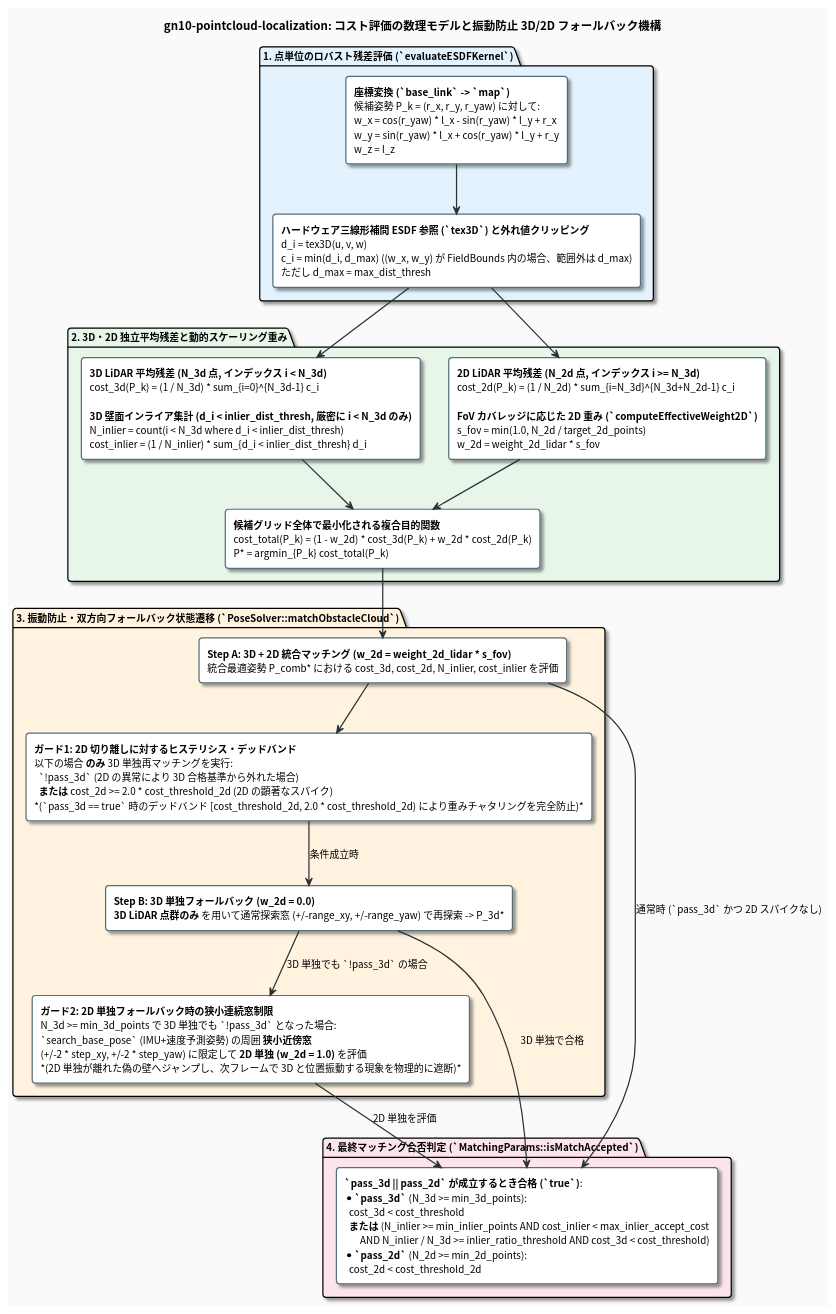
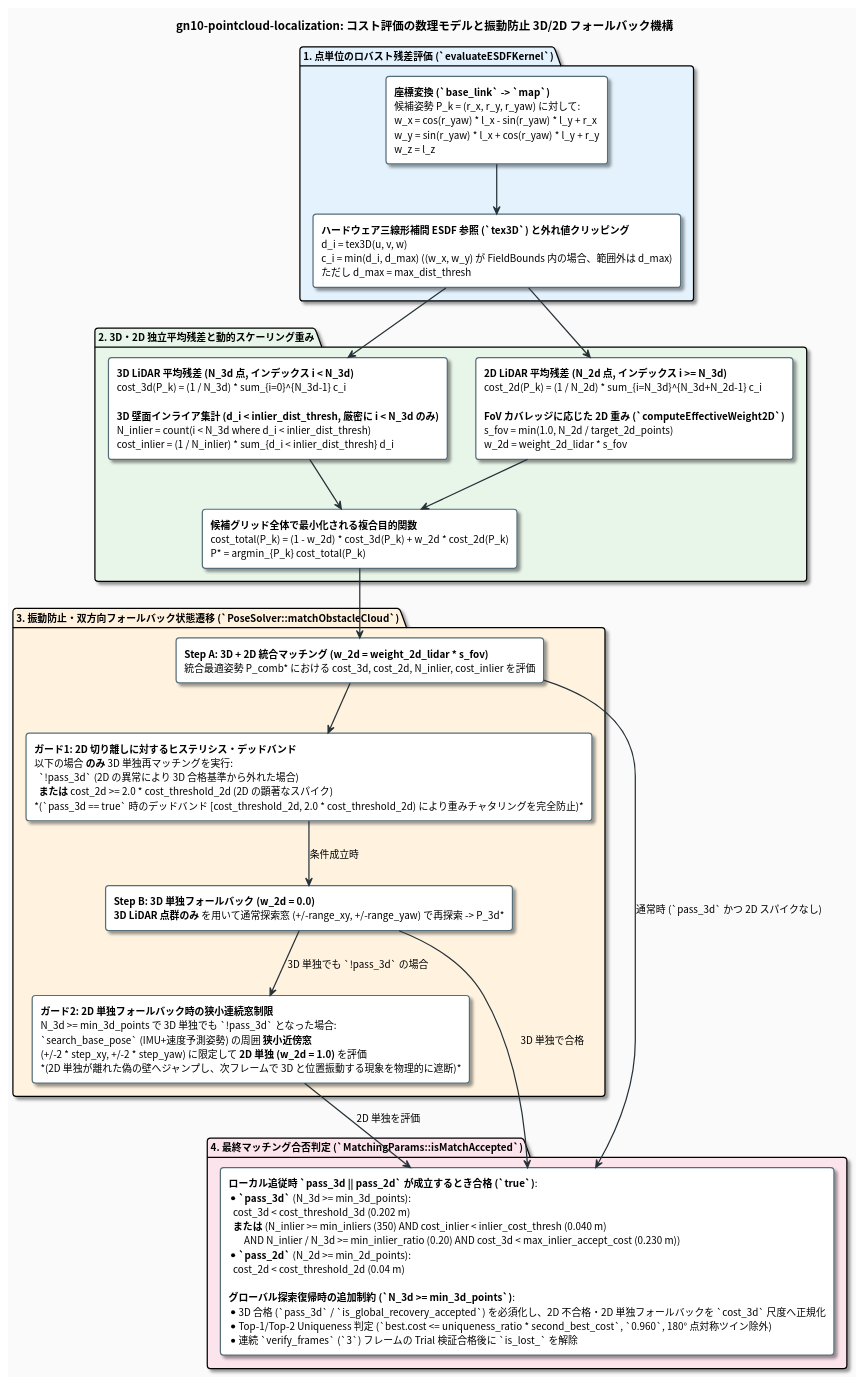
One commit to tmcit-ararobo-2026a/gn10-pointcloud-localization changed the diagram in docs/matching_cost_and_weighting_jp.pu. Above: the diagram before and after it, drawn with PlantUML. The commit also changed 10 other files, not shown here.

Commit message:
docs(global_search): update README and PlantUML diagrams for robust recovery

```diff
--- a/docs/matching_cost_and_weighting_jp.pu
+++ b/docs/matching_cost_and_weighting_jp.pu
@@ -1,70 +1,70 @@
 @startuml matching_cost_and_weighting_jp
 skinparam backgroundColor #FAFAFA
 skinparam defaultFontName "Roboto, Noto Sans CJK JP, sans-serif"
 skinparam defaultFontSize 12
 skinparam roundCorner 8
 skinparam shadowing true
 skinparam ArrowColor #263238
 skinparam ArrowThickness 1.5
 
 skinparam rectangle {
     BackgroundColor #FFFFFF
     BorderColor #546E7A
     BorderThickness 1.5
 }
 
 skinparam note {
     BackgroundColor #FFF8E1
     BorderColor #FFB300
     FontColor #263238
 }
 
 title **gn10-pointcloud-localization: コスト評価の数理モデルと振動防止 3D/2D フォールバック機構**
 
 package "1. 点単位のロバスト残差評価 (`evaluateESDFKernel`)" #E3F2FD {
     rectangle "**座標変換 (`base_link` -> `map`)**\n候補姿勢 P_k = (r_x, r_y, r_yaw) に対して:\nw_x = cos(r_yaw) * l_x - sin(r_yaw) * l_y + r_x\nw_y = sin(r_yaw) * l_x + cos(r_yaw) * l_y + r_y\nw_z = l_z" as TF_EQ
 
     rectangle "**ハードウェア三線形補間 ESDF 参照 (`tex3D`) と外れ値クリッピング**\nd_i = tex3D(u, v, w)\nc_i = min(d_i, d_max) ((w_x, w_y) が FieldBounds 内の場合、範囲外は d_max)\nただし d_max = max_dist_thresh" as CLIP_EQ
 
     TF_EQ -down-> CLIP_EQ
 }
 
 package "2. 3D・2D 独立平均残差と動的スケーリング重み" #E8F5E9 {
     rectangle "**3D LiDAR 平均残差 (N_3d 点, インデックス i < N_3d)**\ncost_3d(P_k) = (1 / N_3d) * sum_{i=0}^{N_3d-1} c_i\n\n**3D 壁面インライア集計 (d_i < inlier_dist_thresh, 厳密に i < N_3d のみ)**\nN_inlier = count(i < N_3d where d_i < inlier_dist_thresh)\ncost_inlier = (1 / N_inlier) * sum_{d_i < inlier_dist_thresh} d_i" as COST_3D
 
     rectangle "**2D LiDAR 平均残差 (N_2d 点, インデックス i >= N_3d)**\ncost_2d(P_k) = (1 / N_2d) * sum_{i=N_3d}^{N_3d+N_2d-1} c_i\n\n**FoV カバレッジに応じた 2D 重み (`computeEffectiveWeight2D`)**\ns_fov = min(1.0, N_2d / target_2d_points)\nw_2d = weight_2d_lidar * s_fov" as COST_2D
 
     rectangle "**候補グリッド全体で最小化される複合目的関数**\ncost_total(P_k) = (1 - w_2d) * cost_3d(P_k) + w_2d * cost_2d(P_k)\nP* = argmin_{P_k} cost_total(P_k)" as COMP_EQ
 
     COST_3D -down-> COMP_EQ
     COST_2D -down-> COMP_EQ
 }
 
 CLIP_EQ -down-> COST_3D
 CLIP_EQ -down-> COST_2D
 
 package "3. 振動防止・双方向フォールバック状態遷移 (`PoseSolver::matchObstacleCloud`)" #FFF3E0 {
     rectangle "**Step A: 3D + 2D 統合マッチング (w_2d = weight_2d_lidar * s_fov)**\n統合最適姿勢 P_comb* における cost_3d, cost_2d, N_inlier, cost_inlier を評価" as STEP_A
 
     rectangle "**ガード1: 2D 切り離しに対するヒステリシス・デッドバンド**\n以下の場合 **のみ** 3D 単独再マッチングを実行:\n  `!pass_3d` (2D の異常により 3D 合格基準から外れた場合)\n  **または** cost_2d >= 2.0 * cost_threshold_2d (2D の顕著なスパイク)\n*(`pass_3d == true` 時のデッドバンド [cost_threshold_2d, 2.0 * cost_threshold_2d) により重みチャタリングを完全防止)*" as GUARD_1
 
     rectangle "**Step B: 3D 単独フォールバック (w_2d = 0.0)**\n**3D LiDAR 点群のみ** を用いて通常探索窓 (+/-range_xy, +/-range_yaw) で再探索 -> P_3d*" as STEP_B
 
     rectangle "**ガード2: 2D 単独フォールバック時の狭小連続窓制限**\nN_3d >= min_3d_points で 3D 単独でも `!pass_3d` となった場合:\n`search_base_pose` (IMU+速度予測姿勢) の周囲 **狭小近傍窓**\n(+/-2 * step_xy, +/-2 * step_yaw) に限定して **2D 単独 (w_2d = 1.0)** を評価\n*(2D 単独が離れた偽の壁へジャンプし、次フレームで 3D と位置振動する現象を物理的に遮断)*" as STEP_C
 
     STEP_A -down-> GUARD_1
     GUARD_1 -down-> STEP_B : 条件成立時
     STEP_B -down-> STEP_C : 3D 単独でも `!pass_3d` の場合
 }
 
 COMP_EQ -down-> STEP_A
 
 package "4. 最終マッチング合否判定 (`MatchingParams::isMatchAccepted`)" #FCE4EC {
-    rectangle "**`pass_3d || pass_2d` が成立するとき合格 (`true`)**:\n* **`pass_3d`** (N_3d >= min_3d_points):\n  cost_3d < cost_threshold\n  **または** (N_inlier >= min_inlier_points AND cost_inlier < max_inlier_accept_cost\n       AND N_inlier / N_3d >= inlier_ratio_threshold AND cost_3d < cost_threshold)\n* **`pass_2d`** (N_2d >= min_2d_points):\n  cost_2d < cost_threshold_2d" as FINAL_ACCEPT
+    rectangle "**ローカル追従時 `pass_3d || pass_2d` が成立するとき合格 (`true`)**:\n* **`pass_3d`** (N_3d >= min_3d_points):\n  cost_3d < cost_threshold_3d (0.202 m)\n  **または** (N_inlier >= min_inliers (350) AND cost_inlier < inlier_cost_thresh (0.040 m)\n       AND N_inlier / N_3d >= min_inlier_ratio (0.20) AND cost_3d < max_inlier_accept_cost (0.230 m))\n* **`pass_2d`** (N_2d >= min_2d_points):\n  cost_2d < cost_threshold_2d (0.04 m)\n\n**グローバル探索復帰時の追加制約 (`N_3d >= min_3d_points`)**:\n* 3D 合格 (`pass_3d` / `is_global_recovery_accepted`) を必須化し、2D 不合格・2D 単独フォールバックを `cost_3d` 尺度へ正規化\n* Top-1/Top-2 Uniqueness 判定 (`best.cost <= uniqueness_ratio * second_best_cost`, `0.960`, 180° 点対称ツイン除外)\n* 連続 `verify_frames` (`3`) フレームの Trial 検証合格後に `is_lost_` を解除" as FINAL_ACCEPT
 }
 
 STEP_A -down-> FINAL_ACCEPT : 通常時 (`pass_3d` かつ 2D スパイクなし)
 STEP_B -down-> FINAL_ACCEPT : 3D 単独で合格
 STEP_C -down-> FINAL_ACCEPT : 2D 単独を評価
 
 @enduml
```
